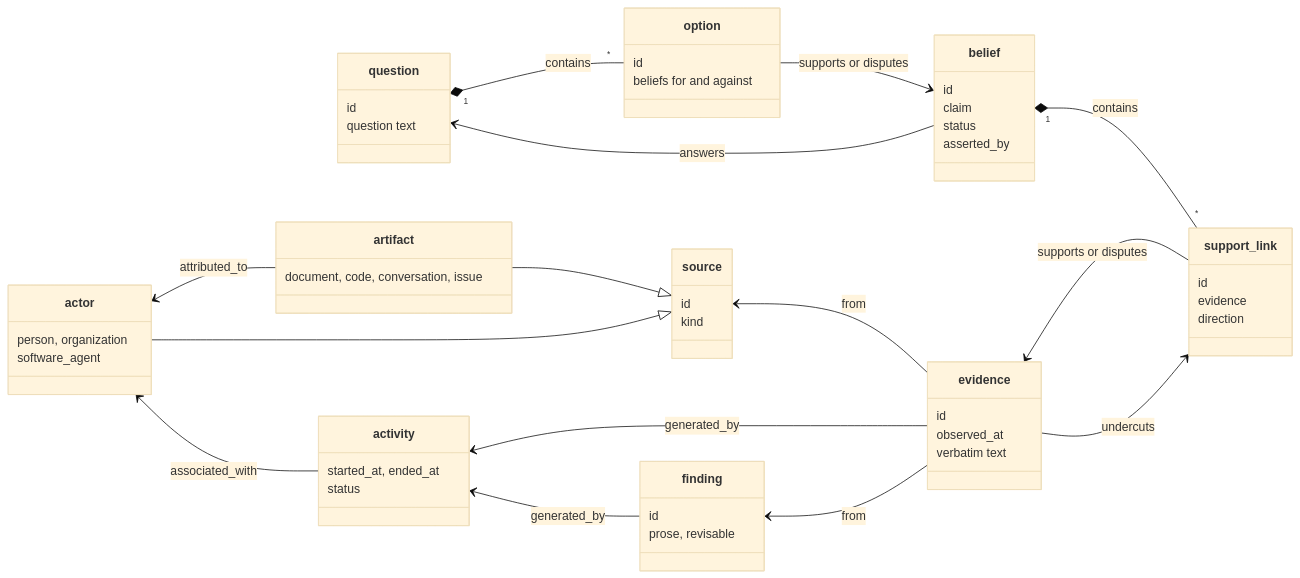
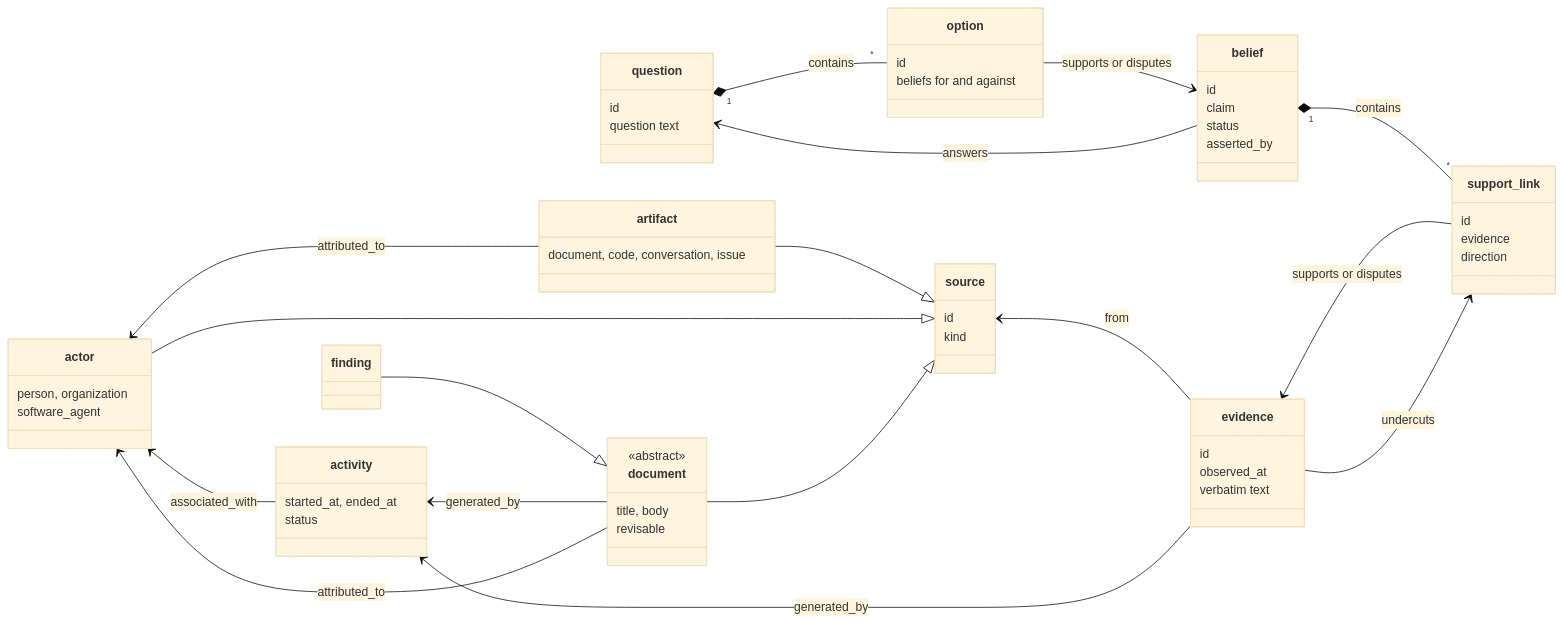
The second of 5 diagrams in docs/context-graph/01-model.md (andycondon/loremason), drawn with Mermaid (base theme) before and after one commit. The commit also changed other lines of this file and 1 other file, not shown here.

````diff
--- a/docs/context-graph/01-model.md
+++ b/docs/context-graph/01-model.md
@@ -76,61 +76,65 @@
 ```mermaid
 classDiagram
   direction LR
   class question {
     id
     question text
   }
   class option {
     id
     beliefs for and against
   }
   class belief {
     id
     claim
     status
     asserted_by
   }
   class support_link {
     id
     evidence
     direction
   }
   class evidence {
     id
     observed_at
     verbatim text
   }
   class source {
     id
     kind
   }
   class actor {
     person, organization
     software_agent
   }
   class activity {
     started_at, ended_at
     status
   }
   class artifact {
     document, code, conversation, issue
   }
-  class finding {
-    id
-    prose, revisable
+  class document {
+    <<abstract>>
+    title, body
+    revisable
   }
+  class finding
   question "1" *-- "*" option : contains
   option --> belief : supports or disputes
   belief --> question : answers
   belief "1" *-- "*" support_link : contains
   evidence <-- support_link : supports or disputes
   evidence --> support_link : undercuts
   source <-- evidence : from
   artifact --|> source
   actor --|> source
+  document --|> source
+  finding --|> document
   actor <-- artifact : attributed_to
   activity <-- evidence : generated_by
-  activity <-- finding : generated_by
-  finding <-- evidence : from
+  activity <-- document : generated_by
+  actor <-- document : attributed_to
   actor <-- activity : associated_with
 ```
````
